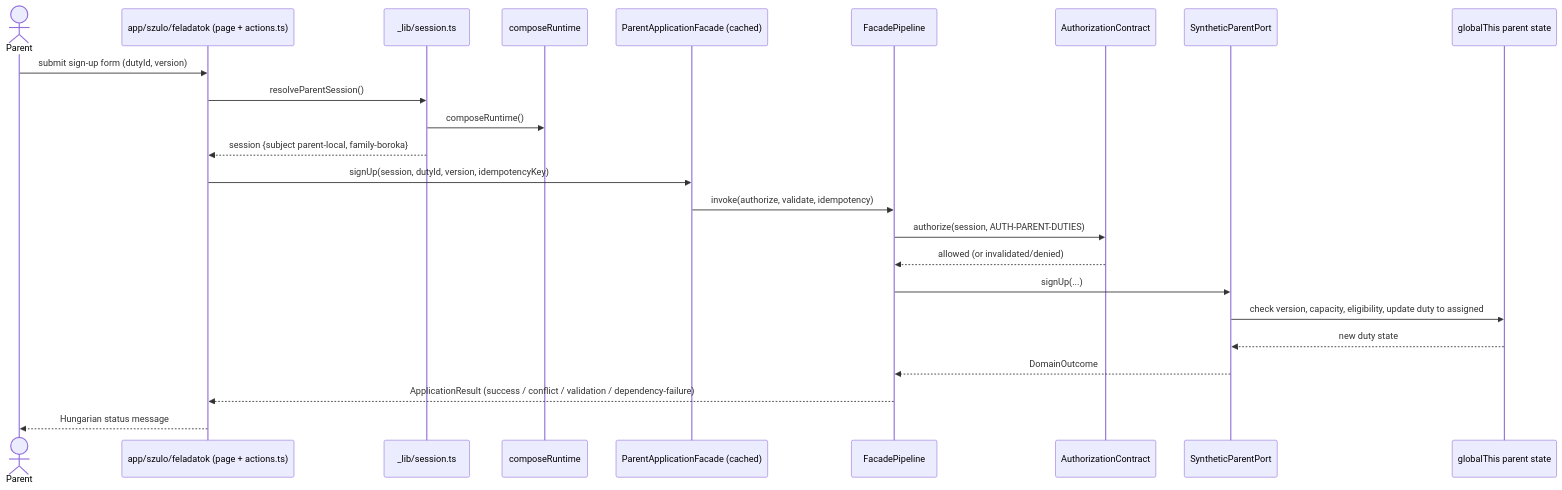
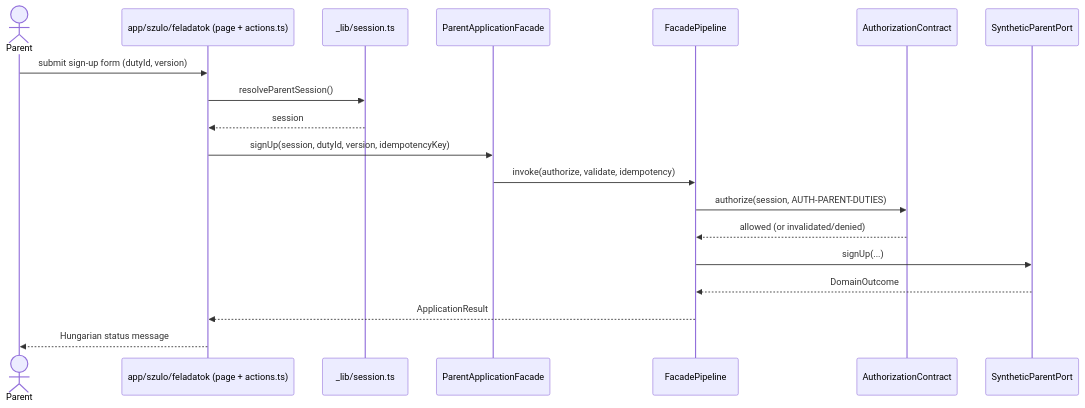
Before and after one commit to bbotond83/waldorf-community-task-manager: the second of 6 diagrams in aidlc/spaces/default/codekb/waldorf-community-task-manager/architecture.md, drawn with Mermaid. The commit also changed other lines of this file and 33 other files, not shown here.

````diff
--- a/aidlc/spaces/default/codekb/waldorf-community-task-manager/architecture.md
+++ b/aidlc/spaces/default/codekb/waldorf-community-task-manager/architecture.md
@@ -119,26 +108,21 @@
 ```mermaid
 sequenceDiagram
   actor P as Parent
   participant UI as app/szulo/feladatok (page + actions.ts)
   participant S as _lib/session.ts
-  participant R as composeRuntime
-  participant F as ParentApplicationFacade (cached)
+  participant F as ParentApplicationFacade
   participant PL as FacadePipeline
   participant AZ as AuthorizationContract
   participant PP as SyntheticParentPort
-  participant M as globalThis parent state
   P->>UI: submit sign-up form (dutyId, version)
   UI->>S: resolveParentSession()
-  S->>R: composeRuntime()
-  S-->>UI: session {subject parent-local, family-boroka}
+  S-->>UI: session
   UI->>F: signUp(session, dutyId, version, idempotencyKey)
   F->>PL: invoke(authorize, validate, idempotency)
   PL->>AZ: authorize(session, AUTH-PARENT-DUTIES)
   AZ-->>PL: allowed (or invalidated/denied)
   PL->>PP: signUp(...)
-  PP->>M: check version, capacity, eligibility, update duty to assigned
-  M-->>PP: new duty state
   PP-->>PL: DomainOutcome
-  PL-->>UI: ApplicationResult (success / conflict / validation / dependency-failure)
+  PL-->>UI: ApplicationResult
   UI-->>P: Hungarian status message
 ```
````
